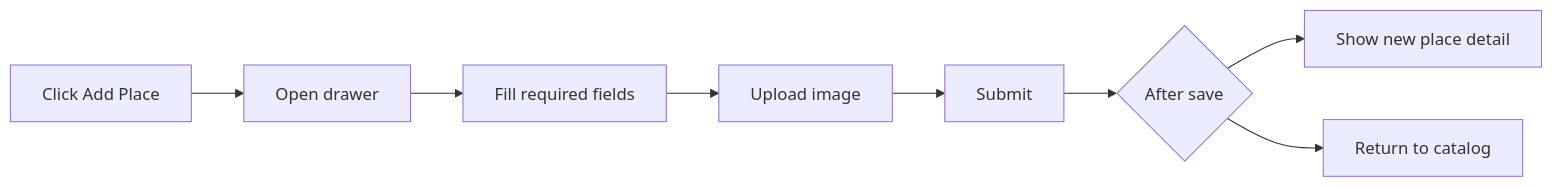
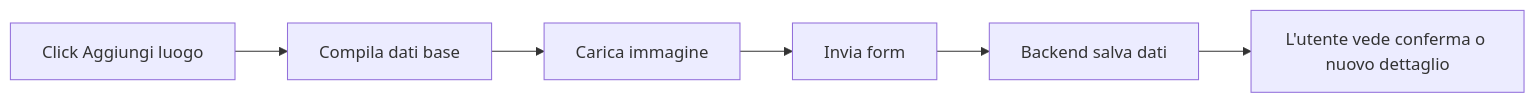
One commit to ricpastori/Progetto_Academy_MrDTwice changed the fifth of 6 diagrams in docs/information-architecture.md. Above: the diagram before and after it, drawn with Mermaid. The commit also changed other lines of this file and 24 other files, not shown here.

````diff
--- a/docs/information-architecture.md
+++ b/docs/information-architecture.md
@@ -100,10 +102,8 @@
 ```mermaid
 flowchart LR
-  A["Click Add Place"] --> B["Open drawer"]
-  B --> C["Fill required fields"]
-  C --> D["Upload image"]
-  D --> E["Submit"]
-  E --> F{"After save"}
-  F --> G["Show new place detail"]
-  F --> H["Return to catalog"]
+  A["Click Aggiungi luogo"] --> B["Compila dati base"]
+  B --> C["Carica immagine"]
+  C --> D["Invia form"]
+  D --> E["Backend salva dati"]
+  E --> F["L'utente vede conferma o nuovo dettaglio"]
 ```
````
